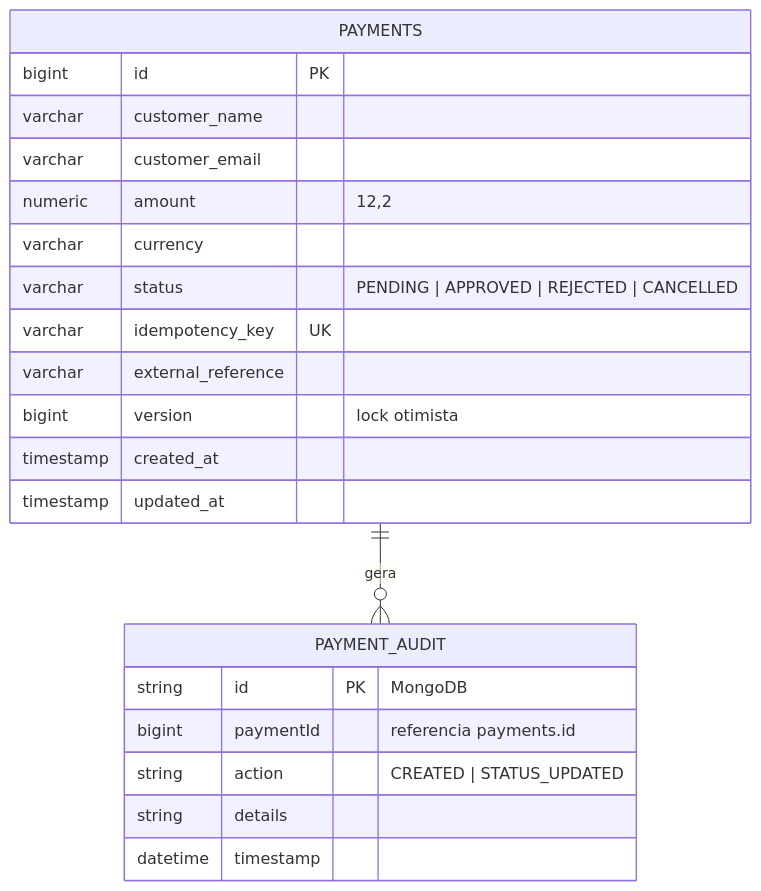
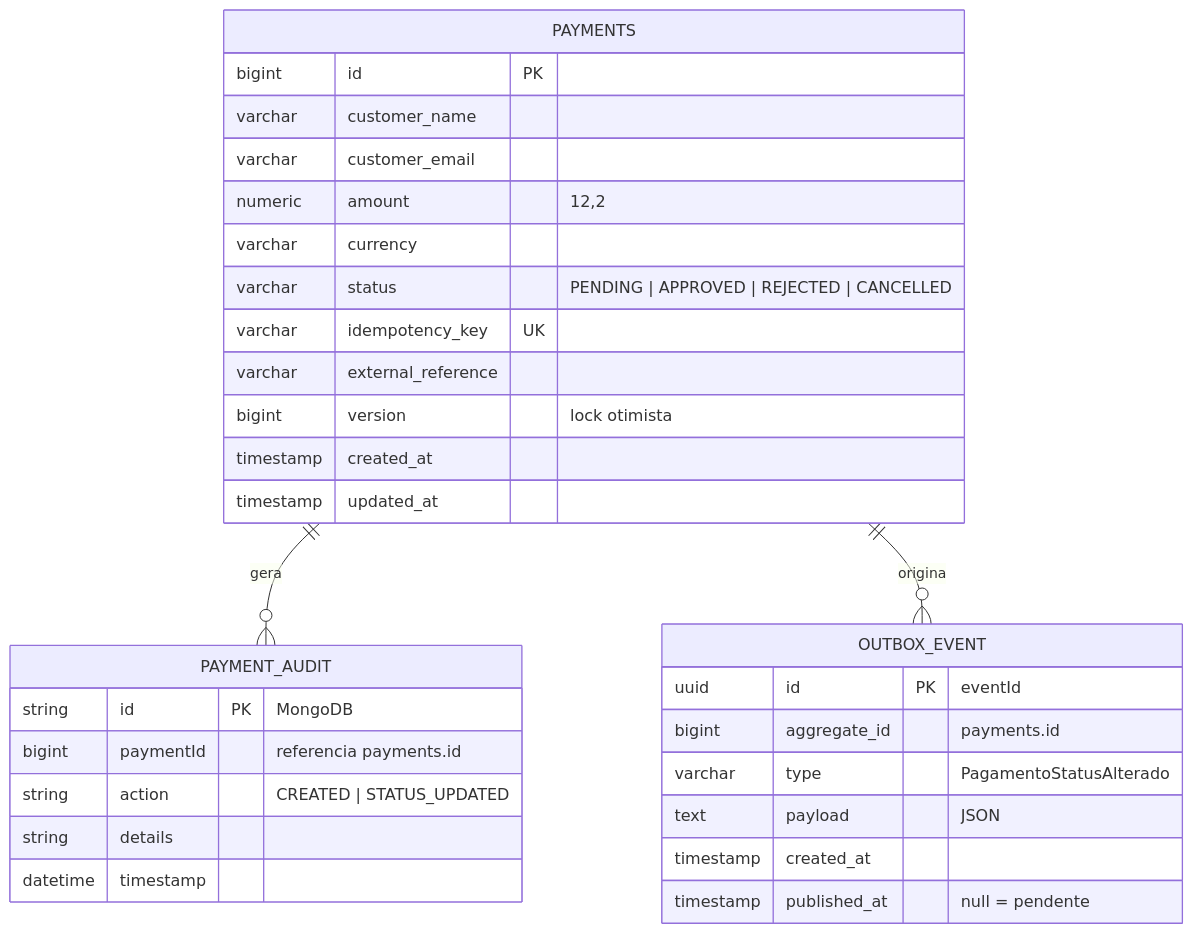
The fourth of 4 diagrams in README.md (josewilson/Payments-Gerenciamento-de-Pagamentos-Backend), drawn with Mermaid before and after one commit. The commit also changed other lines of this file and 21 other files, not shown here.

First line of the commit message:
feat(mensageria): evento de status alterado com outbox

````diff
--- a/README.md
+++ b/README.md
@@ -231,24 +258,33 @@
 ```mermaid
 erDiagram
     PAYMENTS {
         bigint id PK
         varchar customer_name
         varchar customer_email
         numeric amount "12,2"
         varchar currency
         varchar status "PENDING | APPROVED | REJECTED | CANCELLED"
         varchar idempotency_key UK
         varchar external_reference
         bigint version "lock otimista"
         timestamp created_at
         timestamp updated_at
     }
     PAYMENT_AUDIT {
         string id PK "MongoDB"
         bigint paymentId "referencia payments.id"
         string action "CREATED | STATUS_UPDATED"
         string details
         datetime timestamp
     }
+    OUTBOX_EVENT {
+        uuid id PK "eventId"
+        bigint aggregate_id "payments.id"
+        varchar type "PagamentoStatusAlterado"
+        text payload "JSON"
+        timestamp created_at
+        timestamp published_at "null = pendente"
+    }
     PAYMENTS ||--o{ PAYMENT_AUDIT : "gera"
+    PAYMENTS ||--o{ OUTBOX_EVENT : "origina"
 ```
````
